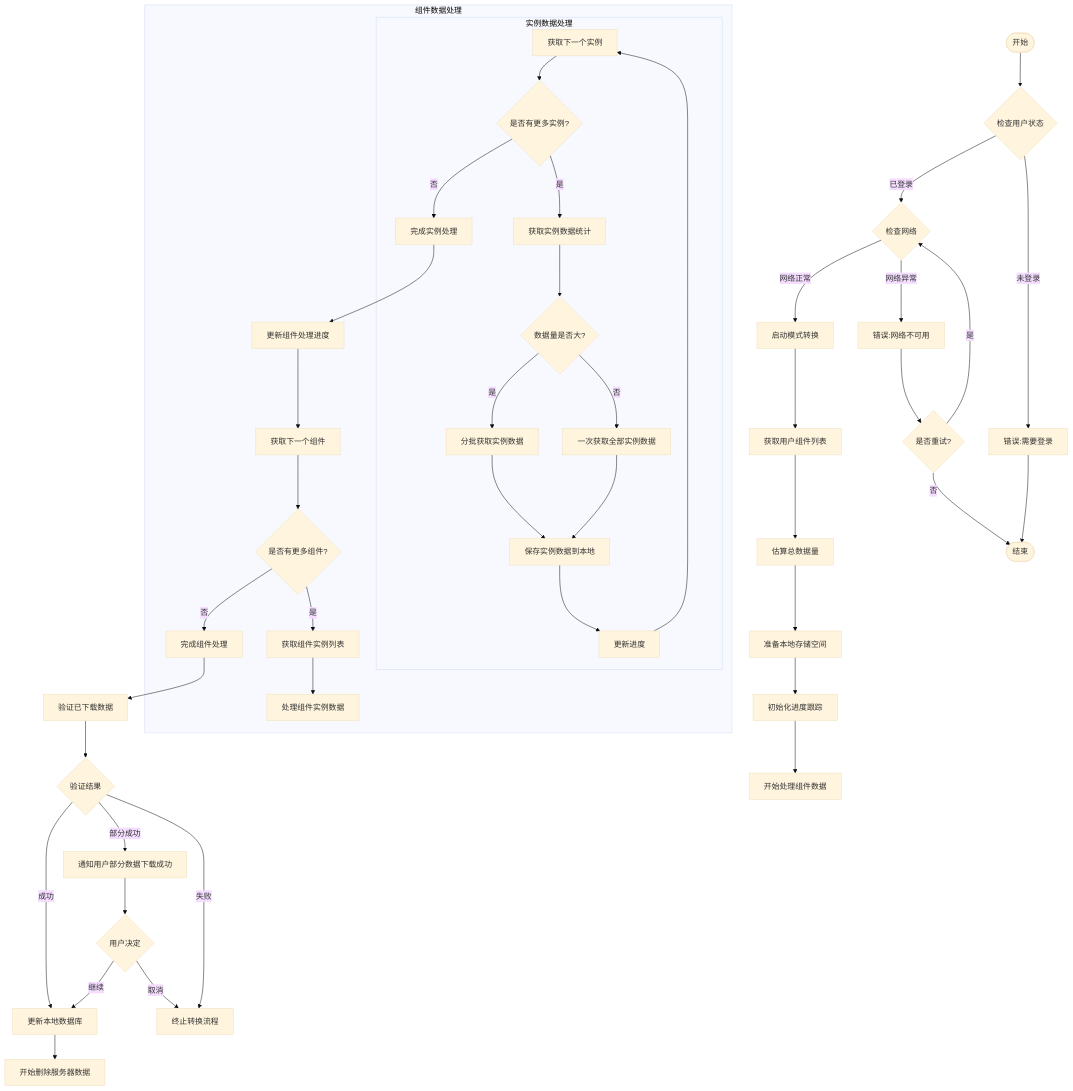
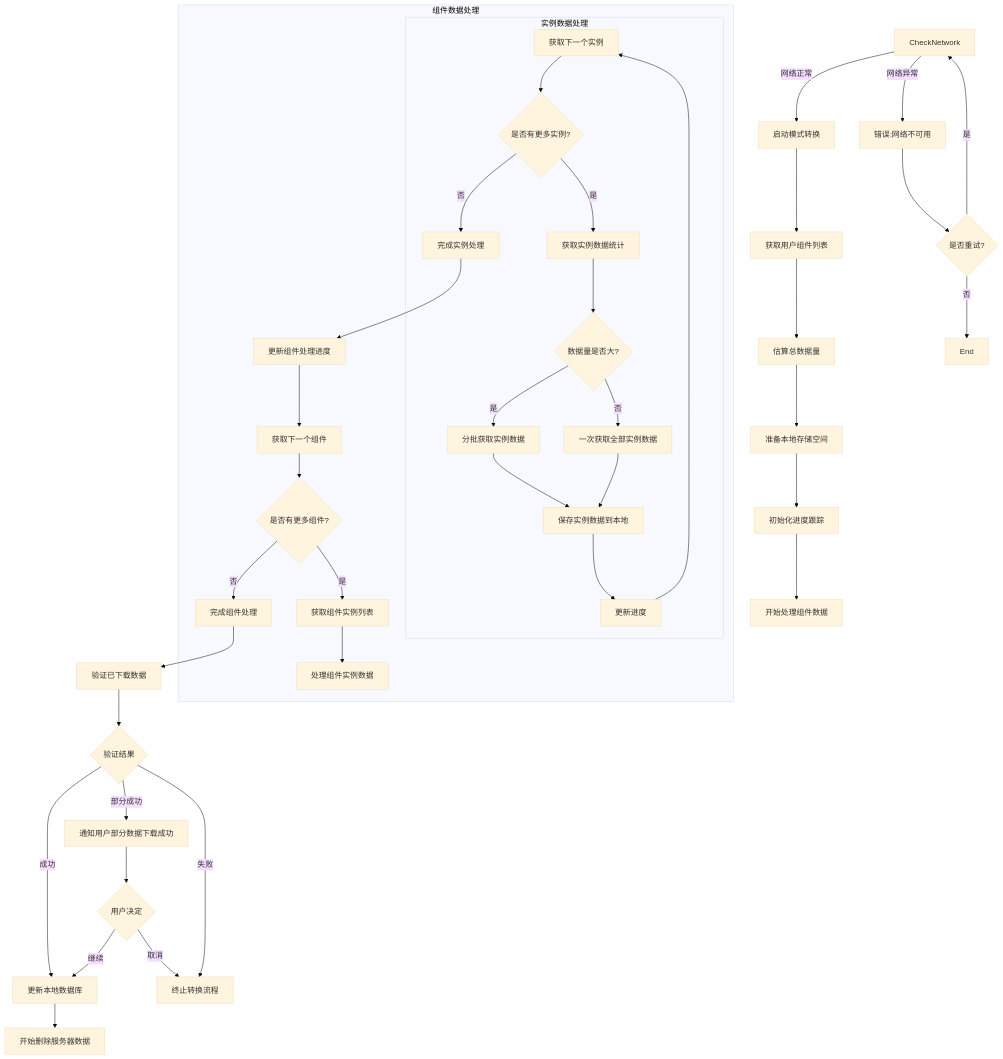
Before and after one commit to yingjianzh/iodraw-files: the diagram in all/未命名-49.md, drawn with Mermaid (base theme).

Commit message:
2025-05-07 17:52:04 update

````diff
--- a/all/未命名-49.md
+++ b/all/未命名-49.md
@@ -1,55 +1,52 @@
 ```mermaid
 flowchart TD
-    Start([开始]) --> CheckStatus{检查用户状态}
-    CheckStatus -->|已登录| CheckNetwork{检查网络}
-    CheckStatus -->|未登录| Error1[错误:需要登录]
-    Error1 --> End([结束])
+
     
     CheckNetwork -->|网络正常| StartTransition[启动模式转换]
     CheckNetwork -->|网络异常| Error2[错误:网络不可用]
     Error2 --> RetryCheck{是否重试?}
     RetryCheck -->|是| CheckNetwork
     RetryCheck -->|否| End
     
     StartTransition --> GetComponentList[获取用户组件列表]
     GetComponentList --> EstimateDataSize[估算总数据量]
     EstimateDataSize --> PrepareLocalStorage[准备本地存储空间]
     PrepareLocalStorage --> InitializeProgress[初始化进度跟踪]
     
     InitializeProgress --> ProcessComponents[开始处理组件数据]
     
     subgraph ComponentProcessing [组件数据处理]
         A[获取下一个组件] --> B{是否有更多组件?}
         B -->|否| ExitComponentLoop[完成组件处理]
         B -->|是| C[获取组件实例列表]
         C --> D[处理组件实例数据]
         
         subgraph InstanceProcessing [实例数据处理]
             D1[获取下一个实例] --> D2{是否有更多实例?}
             D2 -->|否| D8[完成实例处理]
             D2 -->|是| D3[获取实例数据统计]
             D3 --> D4{数据量是否大?}
             D4 -->|是| D5[分批获取实例数据]
             D4 -->|否| D6[一次获取全部实例数据]
             D5 --> D7[保存实例数据到本地]
             D6 --> D7
             D7 --> D9[更新进度]
             D9 --> D1
         end
         
         D8 --> E[更新组件处理进度]
         E --> A
     end
     
     ExitComponentLoop --> ValidateDownloadedData[验证已下载数据]
     ValidateDownloadedData --> ValidationResult{验证结果}
     ValidationResult -->|成功| UpdateLocalDatabase[更新本地数据库]
     ValidationResult -->|部分成功| NotifyPartial[通知用户部分数据下载成功]
     ValidationResult -->|失败| AbortProcess[终止转换流程]
     
     NotifyPartial --> UserDecision{用户决定}
     UserDecision -->|继续| UpdateLocalDatabase
     UserDecision -->|取消| AbortProcess
     
     UpdateLocalDatabase --> StartDeletingServerData[开始删除服务器数据]
 ```
````
